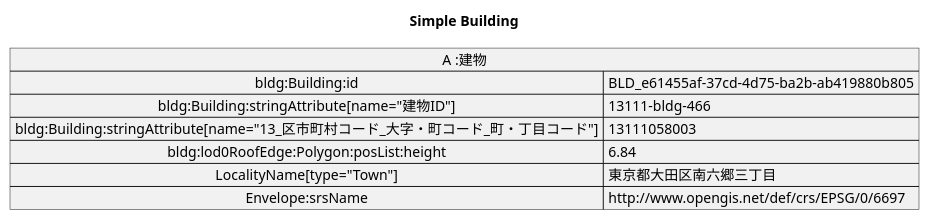
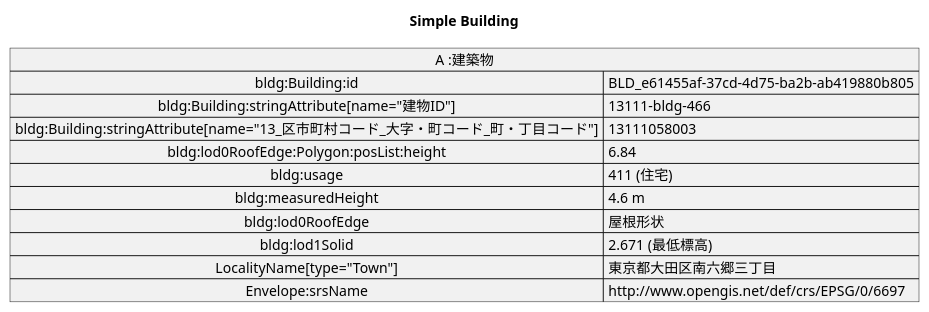
Before and after one commit to yuuhayashi/citygml-osm: the diagram in doc/building/sample-a/sample-a-A-gml.pu, drawn with PlantUML. The commit also changed 7 other files, not shown here.

```diff
--- a/doc/building/sample-a/sample-a-A-gml.pu
+++ b/doc/building/sample-a/sample-a-A-gml.pu
@@ -1,11 +1,15 @@
 @startuml
 title Simple Building
-map "A :建物" as A {
+map "A :建築物" as A {
  bldg:Building:id => BLD_e61455af-37cd-4d75-ba2b-ab419880b805
  bldg:Building:stringAttribute[name="建物ID"] => 13111-bldg-466
  bldg:Building:stringAttribute[name="13_区市町村コード_大字・町コード_町・丁目コード"] => 13111058003
  bldg:lod0RoofEdge:Polygon:posList:height => 6.84
+ bldg:usage => 411 (住宅)
+ bldg:measuredHeight => 4.6 m
+ bldg:lod0RoofEdge => 屋根形状
+ bldg:lod1Solid => 2.671 (最低標高)
  LocalityName[type="Town"] => 東京都大田区南六郷三丁目
  Envelope:srsName => http://www.opengis.net/def/crs/EPSG/0/6697
 }
 @enduml
```
